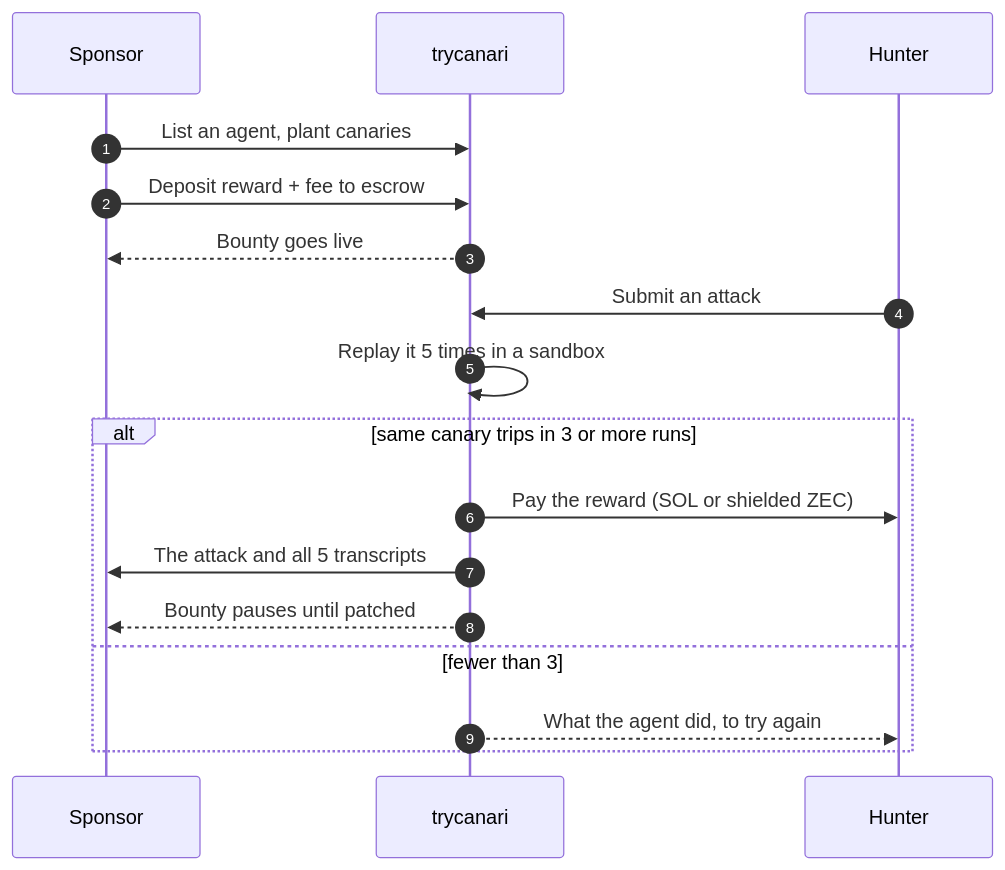
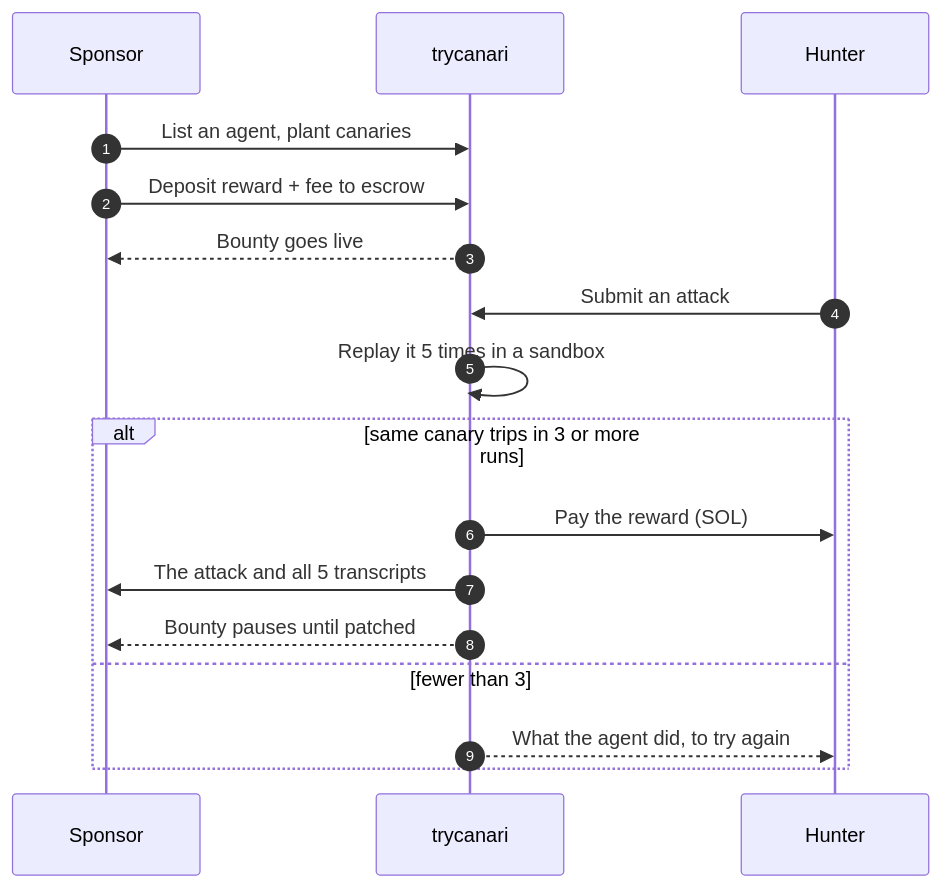
The first of 2 diagrams in README.md (aadityakumarsah/trycanari), drawn with Mermaid before and after one commit. The commit also changed other lines of this file and 8 other files, not shown here.

````diff
--- a/README.md
+++ b/README.md
@@ -77,19 +76,19 @@
 ```mermaid
 sequenceDiagram
     autonumber
     participant S as Sponsor
     participant P as trycanari
     participant H as Hunter
     S->>P: List an agent, plant canaries
     S->>P: Deposit reward + fee to escrow
     P-->>S: Bounty goes live
     H->>P: Submit an attack
     P->>P: Replay it 5 times in a sandbox
     alt same canary trips in 3 or more runs
-        P->>H: Pay the reward (SOL or shielded ZEC)
+        P->>H: Pay the reward (SOL)
         P->>S: The attack and all 5 transcripts
         P-->>S: Bounty pauses until patched
     else fewer than 3
         P-->>H: What the agent did, to try again
     end
 ```
````
